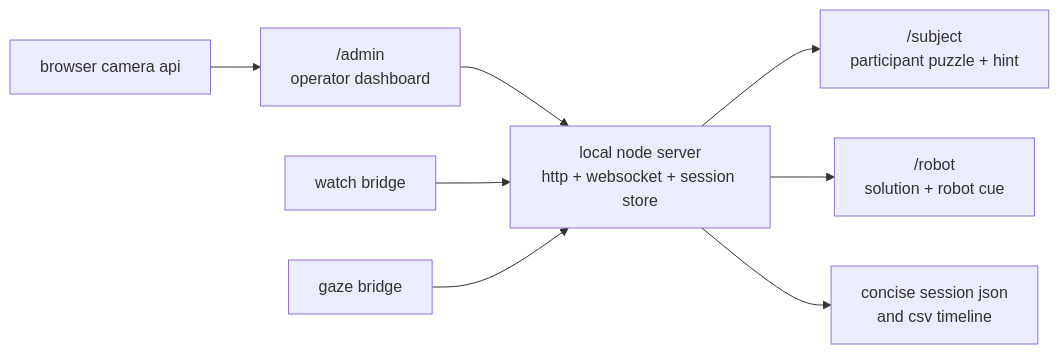
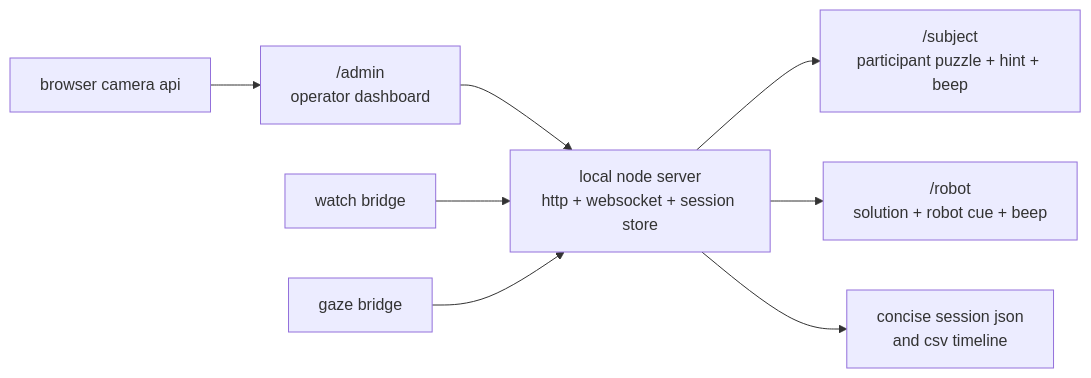
The first of 3 diagrams in docs/architecture.md (shrijacked/wizard-of-oz-control-app), drawn with Mermaid before and after one commit. The commit also changed other lines of this file and 15 other files, not shown here.

````diff
--- a/docs/architecture.md
+++ b/docs/architecture.md
@@ -7,10 +7,10 @@
 ```mermaid
 flowchart LR
     admin["/admin<br/>operator dashboard"] --> server["local node server<br/>http + websocket + session store"]
-    server --> subject["/subject<br/>participant puzzle + hint"]
-    server --> robot["/robot<br/>solution + robot cue"]
+    server --> subject["/subject<br/>participant puzzle + hint + beep"]
+    server --> robot["/robot<br/>solution + robot cue + beep"]
     watch["watch bridge"] --> server
     gaze["gaze bridge"] --> server
     camera["browser camera api"] --> admin
     server --> export["concise session json<br/>and csv timeline"]
 ```
````
